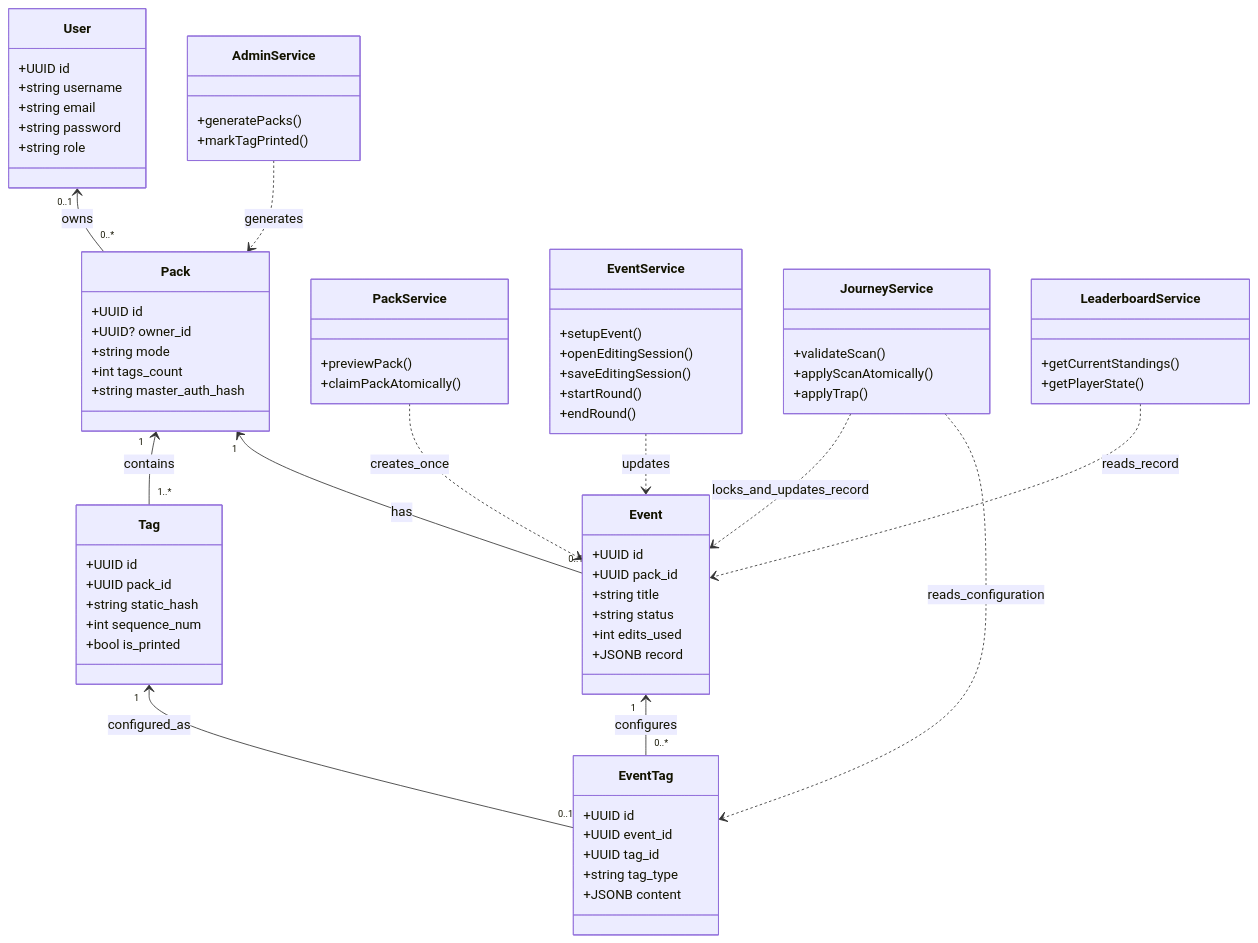
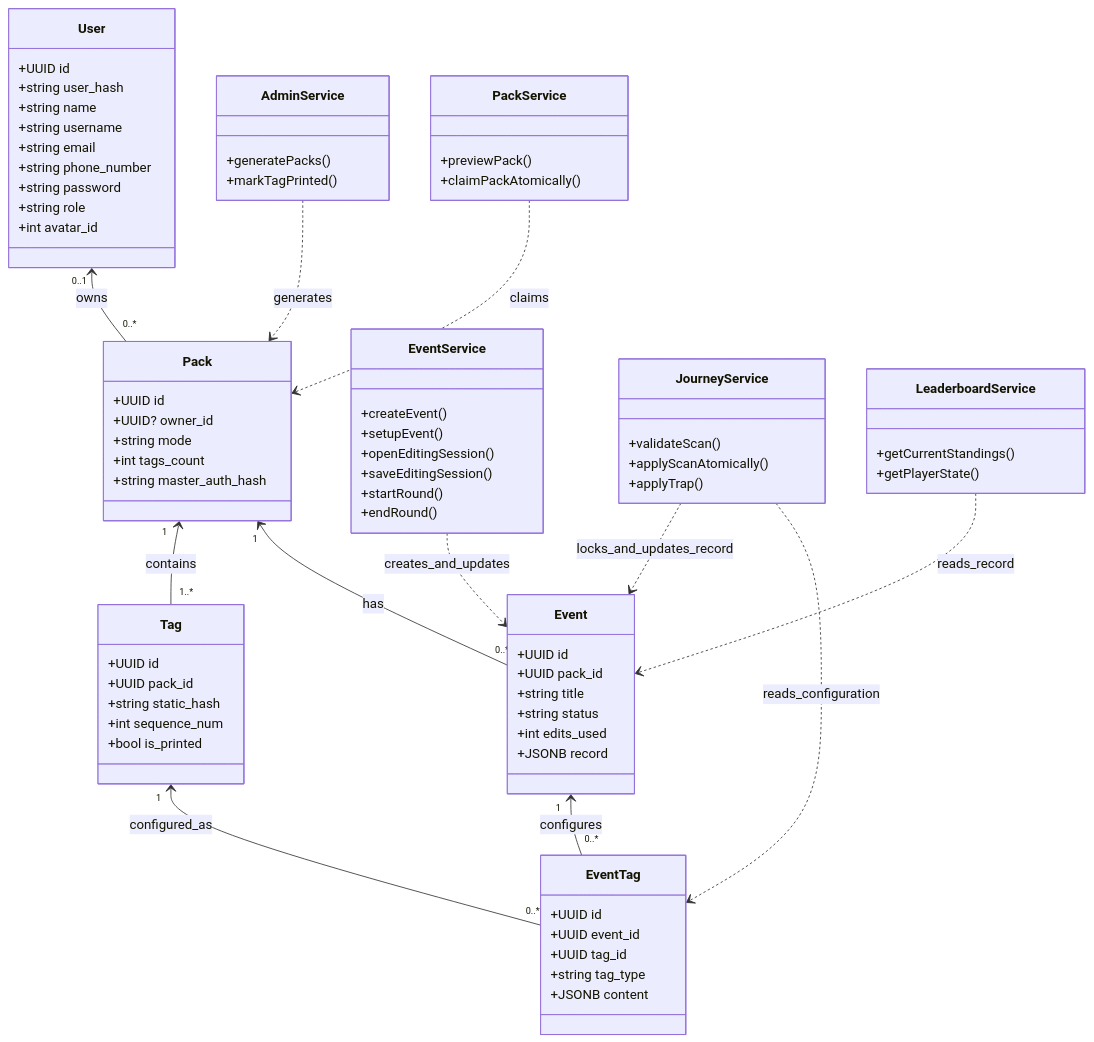
The third of 8 diagrams in Mentors/Stages/Stage3/README.md (iEmanHamdan/Raccon), drawn with Mermaid before and after one commit. The commit also changed other lines of this file, not shown here.

Commit message:
chore: revise README for user stories and data model updates

````diff
--- a/Mentors/Stages/Stage3/README.md
+++ b/Mentors/Stages/Stage3/README.md
@@ -813,13 +787,19 @@
 ```mermaid
 classDiagram
     direction TB
+
     class User {
         +UUID id
+        +string user_hash
+        +string name
         +string username
         +string email
+        +string phone_number
         +string password
         +string role
+        +int avatar_id
     }
+
     class Pack {
         +UUID id
         +UUID? owner_id
@@ -827,6 +807,7 @@
         +int tags_count
         +string master_auth_hash
     }
+
     class Tag {
         +UUID id
         +UUID pack_id
@@ -834,6 +815,7 @@
         +int sequence_num
         +bool is_printed
     }
+
     class Event {
         +UUID id
         +UUID pack_id
@@ -842,6 +824,7 @@
         +int edits_used
         +JSONB record
     }
+
     class EventTag {
         +UUID id
         +UUID event_id
@@ -849,38 +832,46 @@
         +string tag_type
         +JSONB content
     }
+
     class AdminService {
         +generatePacks()
         +markTagPrinted()
     }
+
     class PackService {
         +previewPack()
         +claimPackAtomically()
     }
+
     class EventService {
+        +createEvent()
         +setupEvent()
         +openEditingSession()
         +saveEditingSession()
         +startRound()
         +endRound()
     }
+
     class JourneyService {
         +validateScan()
         +applyScanAtomically()
         +applyTrap()
     }
+
     class LeaderboardService {
         +getCurrentStandings()
         +getPlayerState()
     }
+
     User "0..1" <-- "0..*" Pack : owns
     Pack "1" <-- "1..*" Tag : contains
-    Pack "1" <-- "0..1" Event : has
+    Pack "1" <-- "0..*" Event : has
     Event "1" <-- "0..*" EventTag : configures
-    Tag "1" <-- "0..1" EventTag : configured_as
+    Tag "1" <-- "0..*" EventTag : configured_as
+
     AdminService ..> Pack : generates
-    PackService ..> Event : creates_once
-    EventService ..> Event : updates
+    PackService ..> Pack : claims
+    EventService ..> Event : creates_and_updates
     JourneyService ..> Event : locks_and_updates_record
     JourneyService ..> EventTag : reads_configuration
     LeaderboardService ..> Event : reads_record
````
